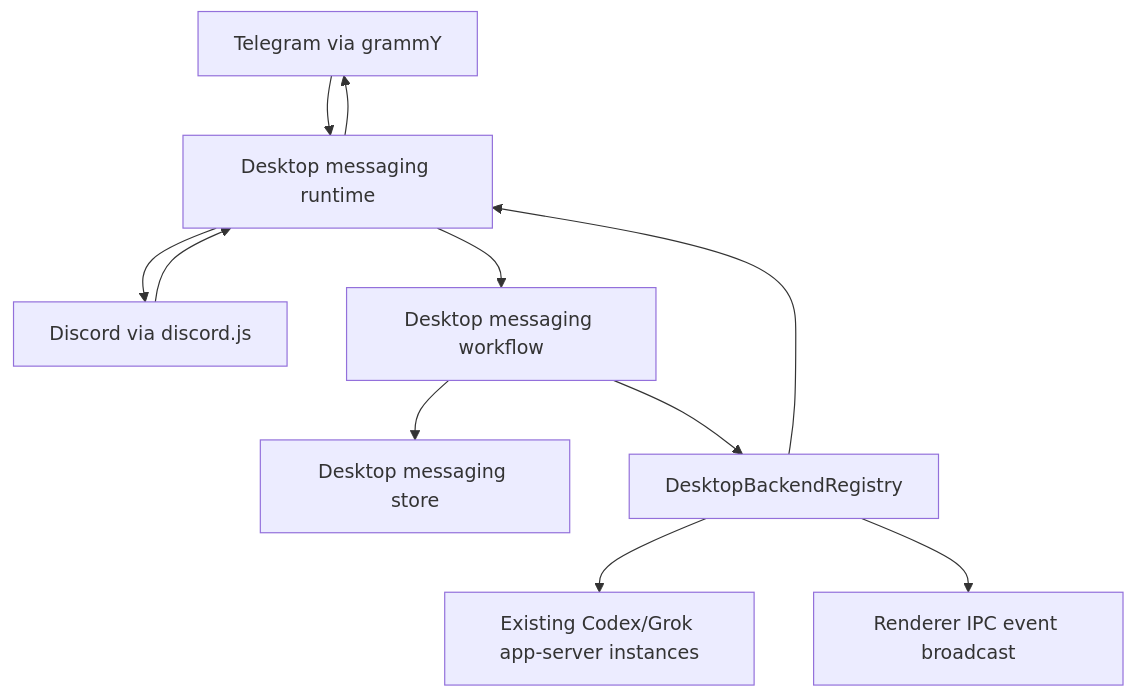
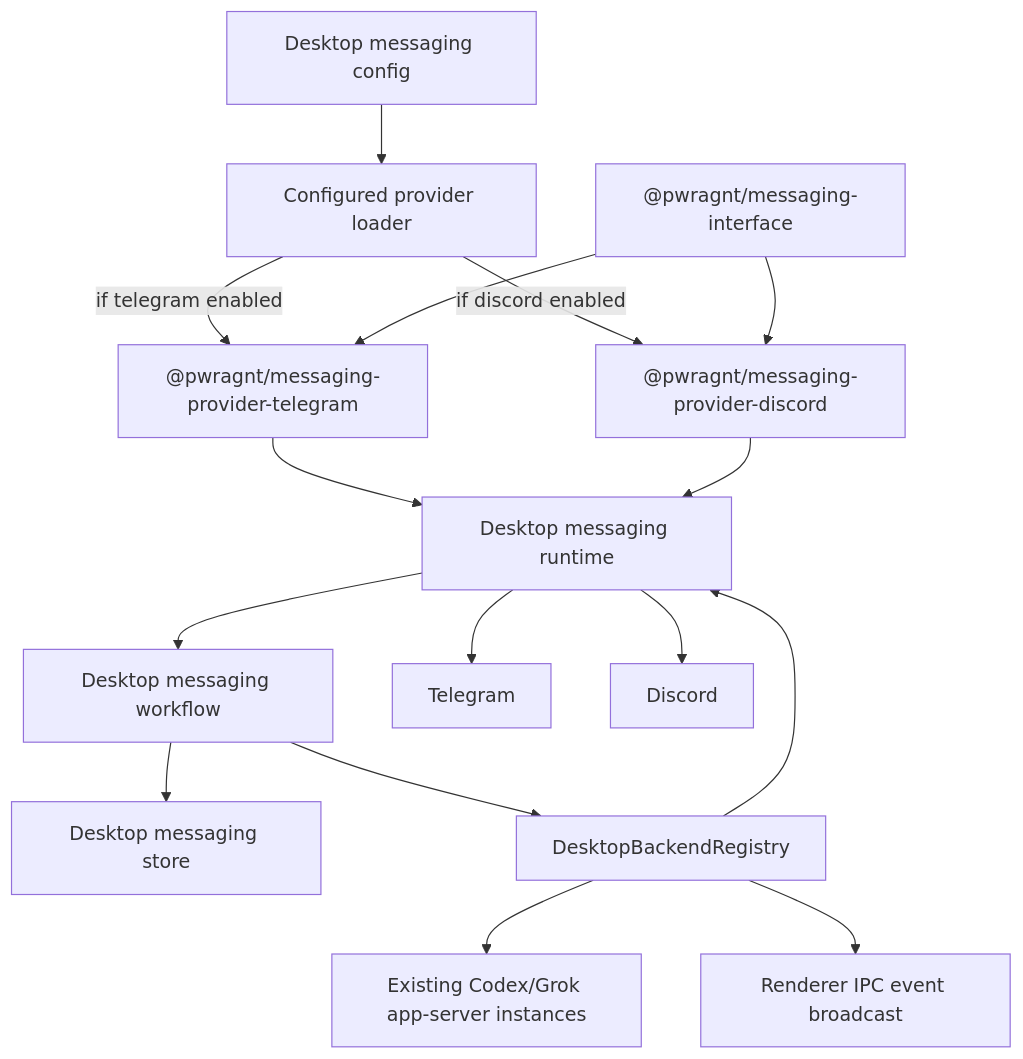
The first of 3 diagrams in docs/plans/2026-04-30-003-refactor-desktop-hosted-messaging-plan.md (pwrdrvr/PwrAgent), drawn with Mermaid before and after one commit. The commit also changed other lines of this file, not shown here.

Commit message:
docs(messaging): deepen provider package plan

````diff
--- a/docs/plans/2026-04-30-003-refactor-desktop-hosted-messaging-plan.md
+++ b/docs/plans/2026-04-30-003-refactor-desktop-hosted-messaging-plan.md
@@ -106,13 +122,18 @@
 ```mermaid
 flowchart TB
-    Telegram["Telegram via grammY"] --> Runtime["Desktop messaging runtime"]
-    Discord["Discord via discord.js"] --> Runtime
+    Config["Desktop messaging config"] --> Loader["Configured provider loader"]
+    Loader -->|if telegram enabled| TelegramPkg["@pwragnt/messaging-provider-telegram"]
+    Loader -->|if discord enabled| DiscordPkg["@pwragnt/messaging-provider-discord"]
+    Interface["@pwragnt/messaging-interface"] --> TelegramPkg
+    Interface --> DiscordPkg
+    TelegramPkg --> Runtime["Desktop messaging runtime"]
+    DiscordPkg --> Runtime
     Runtime --> Workflow["Desktop messaging workflow"]
     Workflow --> Store["Desktop messaging store"]
     Workflow --> Registry["DesktopBackendRegistry"]
     Registry --> Backends["Existing Codex/Grok app-server instances"]
     Registry --> RendererIPC["Renderer IPC event broadcast"]
     Registry --> Runtime
     Runtime --> Telegram
     Runtime --> Discord
 ```
````
